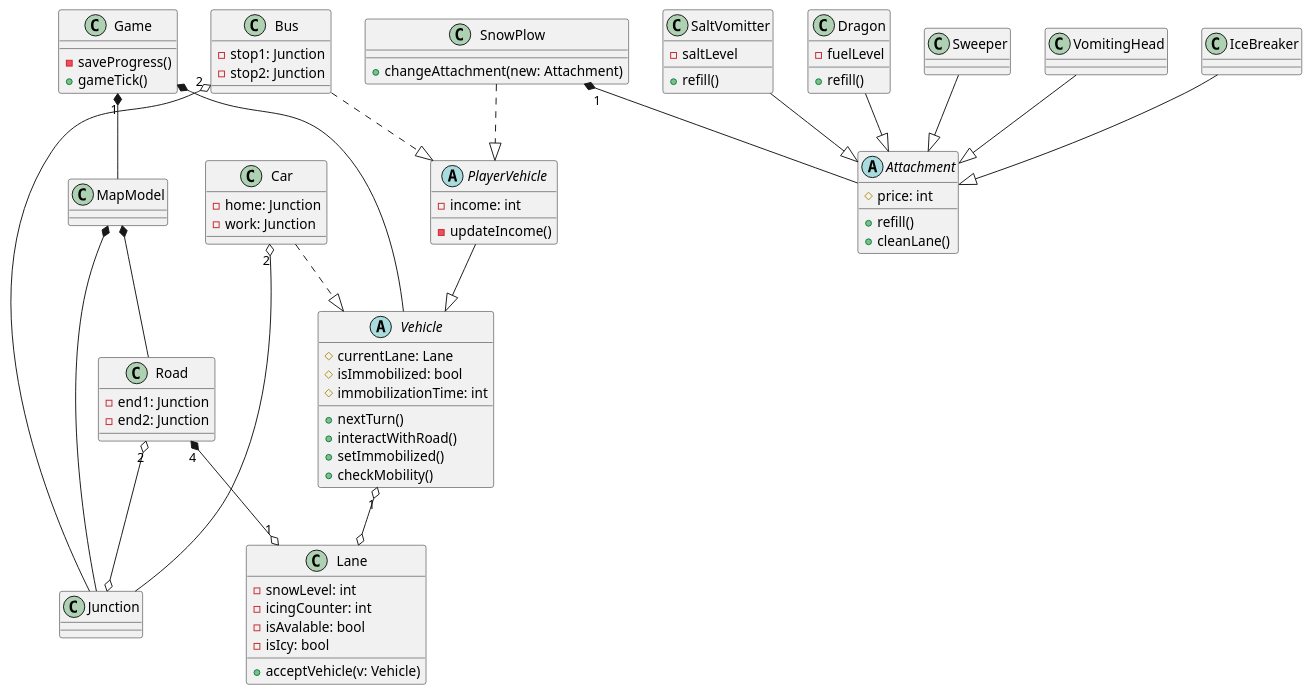
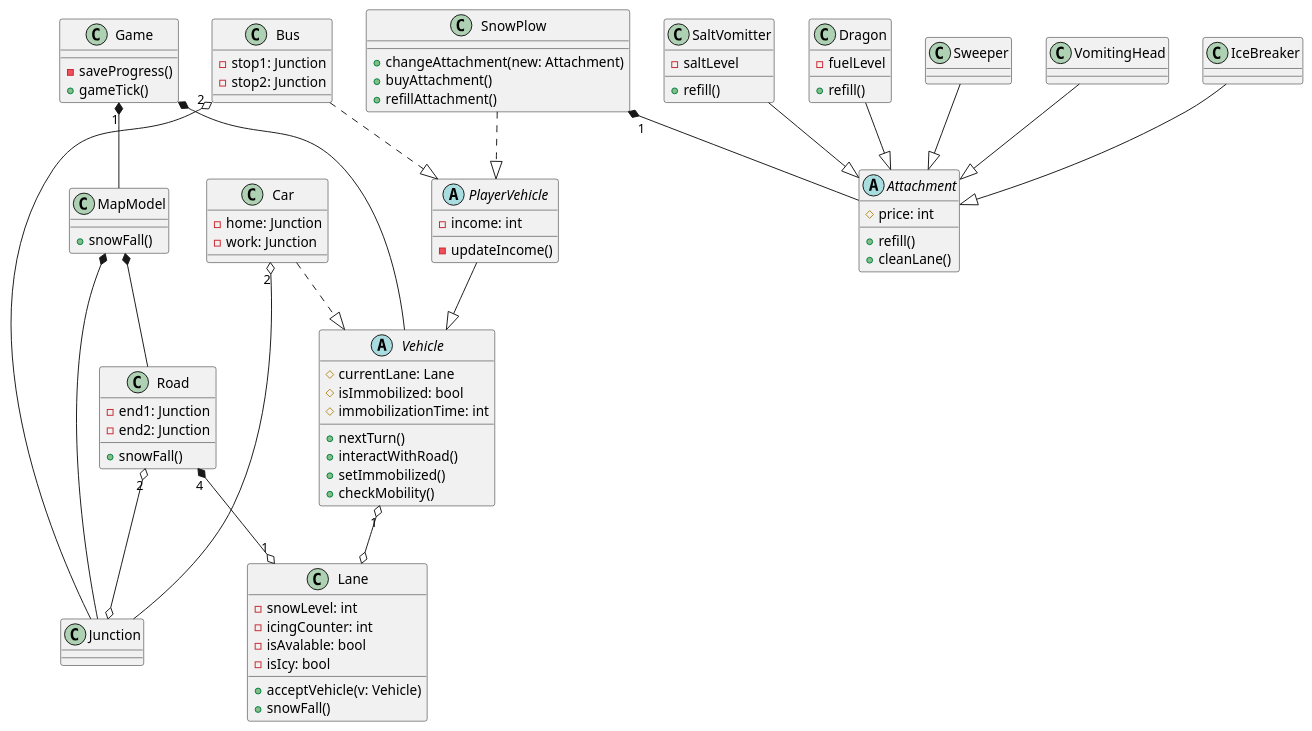
Before and after one commit to toth-andor/UneNotteANapoli: the diagram in docs/diagrams/class-diagram.puml, drawn with PlantUML. The commit also changed 25 other files, not shown here.

Commit message:
update sequence diagrams

```diff
--- a/docs/diagrams/class-diagram.puml
+++ b/docs/diagrams/class-diagram.puml
@@ -1,112 +1,118 @@
 @startuml class-diagram
 
 
 abstract Vehicle {
   # currentLane: Lane
   # isImmobilized: bool
   # immobilizationTime: int
 
   + nextTurn()
   + interactWithRoad()
   + setImmobilized()
   + checkMobility()
 }
 
 abstract PlayerVehicle {
     - income: int
     - updateIncome()
 }
 
 class Bus {
   - stop1: Junction
   - stop2: Junction
 }
 
 class SnowPlow {
   + changeAttachment(new: Attachment)
+  + buyAttachment()
+  + refillAttachment()
 }
 
 class Car {
   - home: Junction
   - work: Junction
 }
 
 abstract Attachment {
   # price: int
 
   + refill()
   + cleanLane()
   
 }
 
 class Dragon {
   - fuelLevel
   + refill()
 }
 class Sweeper
 class VomitingHead
 class IceBreaker
 class SaltVomitter {
   - saltLevel
   + refill()
 }
 
 
 class Road {
   - end1: Junction
   - end2: Junction
+  + snowFall()
 }
 
 class Lane {
   - snowLevel: int
   - icingCounter: int
   - isAvalable: bool
   - isIcy: bool
   + acceptVehicle(v: Vehicle)
+  + snowFall()
   
 }
 
 class Junction
 
-class MapModel
+class MapModel {
+  + snowFall()
+}
 
 class Game {
   - saveProgress()
   + gameTick()
 }
 
 
 Road "4"*--o "1" Lane 
 
 
 
 PlayerVehicle --|> Vehicle
 Bus ..|> PlayerVehicle 
 SnowPlow ..|> PlayerVehicle
 Car ..|> Vehicle
 
 Dragon --|> Attachment
 Sweeper --|> Attachment
 VomitingHead --|> Attachment
 IceBreaker --|> Attachment
 SaltVomitter --|> Attachment
 
 SnowPlow "1"*-- Attachment
 
 
 Road "2" o--o Junction
 
 MapModel *-- Road
 MapModel *-- Junction
 
 Game "1"*-- MapModel
 Game *-- Vehicle
 
 Vehicle "1" o--o Lane
 
 Bus "2" o-- Junction
 Car "2" o-- Junction
 
 
 
 @enduml
```
